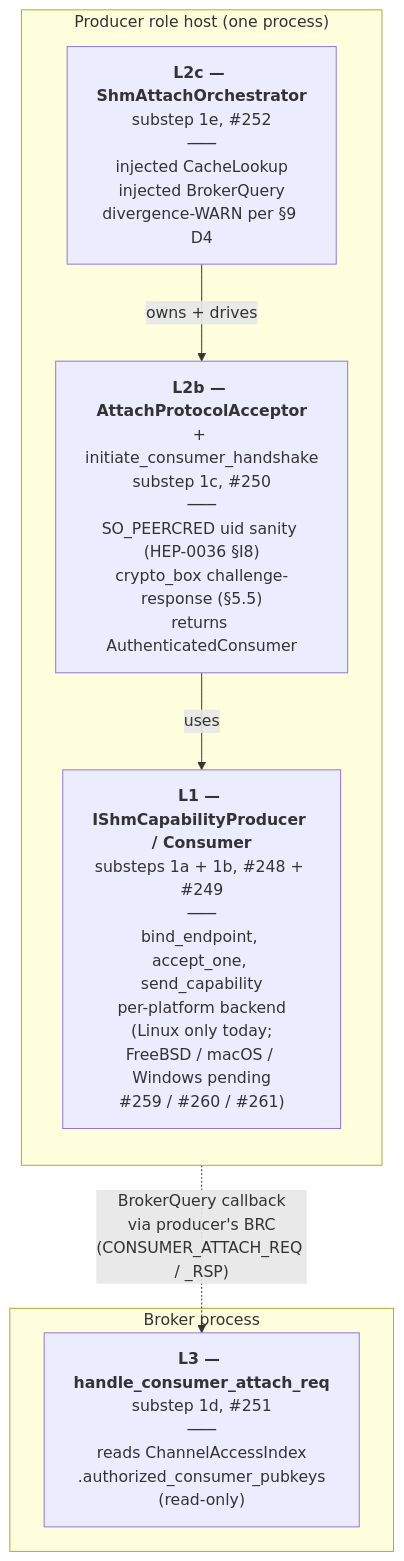
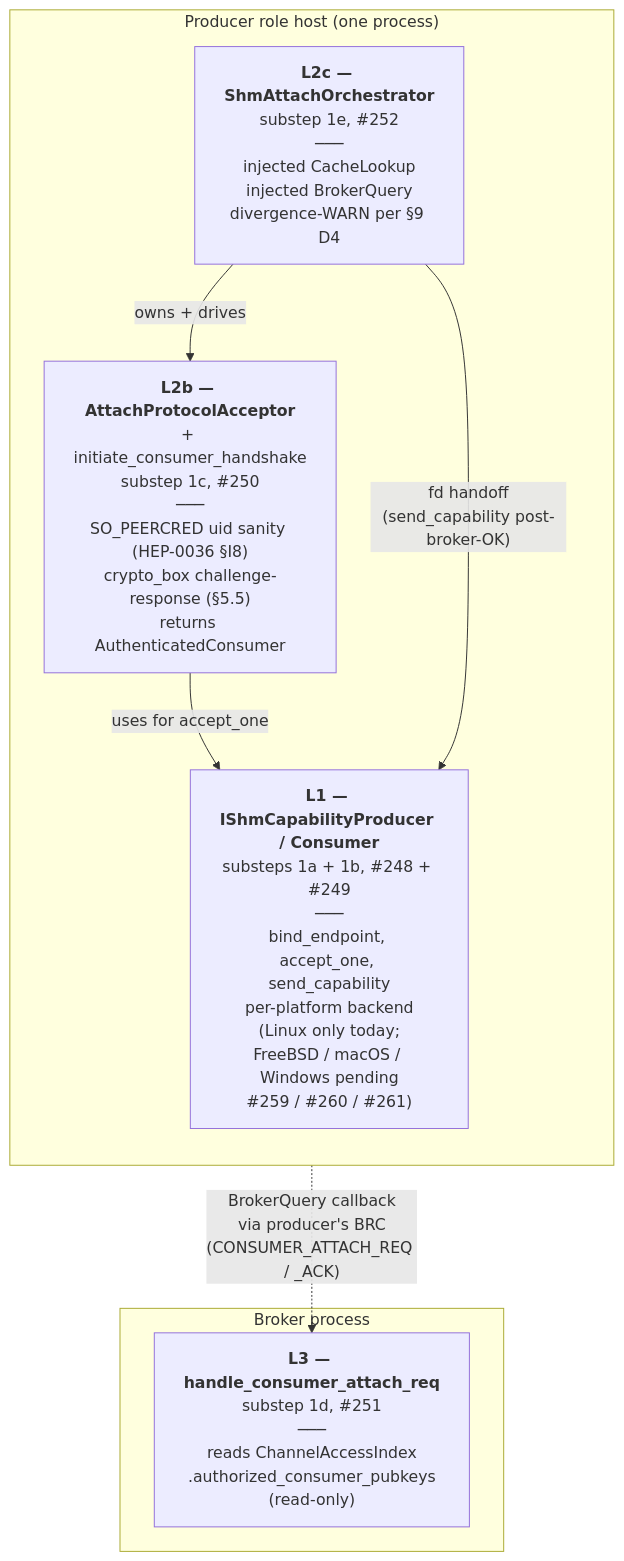
The third of 5 diagrams in docs/HEP/HEP-CORE-0041-SHM-Channel-Auth.md (Qing-LAB/pylabhub), drawn with Mermaid before and after one commit. The commit also changed other lines of this file and 6 other files, not shown here.

````diff
--- a/docs/HEP/HEP-CORE-0041-SHM-Channel-Auth.md
+++ b/docs/HEP/HEP-CORE-0041-SHM-Channel-Auth.md
@@ -490,17 +519,18 @@
 ```mermaid
 flowchart TB
     subgraph Prod ["Producer role host (one process)"]
         direction TB
         L2c["<b>L2c — ShmAttachOrchestrator</b><br/>substep 1e, #252<br/>───<br/>injected CacheLookup<br/>injected BrokerQuery<br/>divergence-WARN per §9 D4"]
         L2b["<b>L2b — AttachProtocolAcceptor</b><br/>+ initiate_consumer_handshake<br/>substep 1c, #250<br/>───<br/>SO_PEERCRED uid sanity (HEP-0036 §I8)<br/>crypto_box challenge-response (§5.5)<br/>returns AuthenticatedConsumer"]
         L1["<b>L1 — IShmCapabilityProducer / Consumer</b><br/>substeps 1a + 1b, #248 + #249<br/>───<br/>bind_endpoint, accept_one, send_capability<br/>per-platform backend<br/>(Linux only today;<br/>FreeBSD / macOS / Windows pending<br/>#259 / #260 / #261)"]
         L2c -->|owns + drives| L2b
-        L2b -->|uses| L1
+        L2b -->|uses for accept_one| L1
+        L2c -->|"fd handoff<br/>(send_capability post-broker-OK)"| L1
     end
 
     subgraph Brk ["Broker process"]
         L3["<b>L3 — handle_consumer_attach_req</b><br/>substep 1d, #251<br/>───<br/>reads ChannelAccessIndex<br/>.authorized_consumer_pubkeys<br/>(read-only)"]
     end
 
-    L2c -.->|"BrokerQuery callback<br/>via producer's BRC<br/>(CONSUMER_ATTACH_REQ / _RSP)"| L3
+    L2c -.->|"BrokerQuery callback<br/>via producer's BRC<br/>(CONSUMER_ATTACH_REQ / _ACK)"| L3
 ```
````
